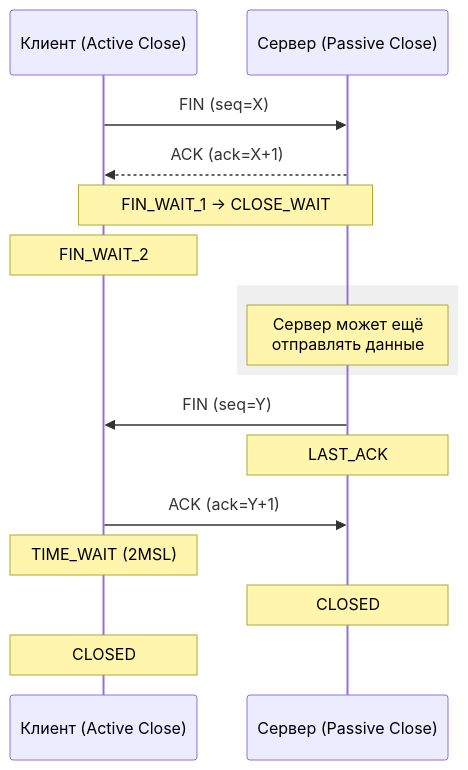
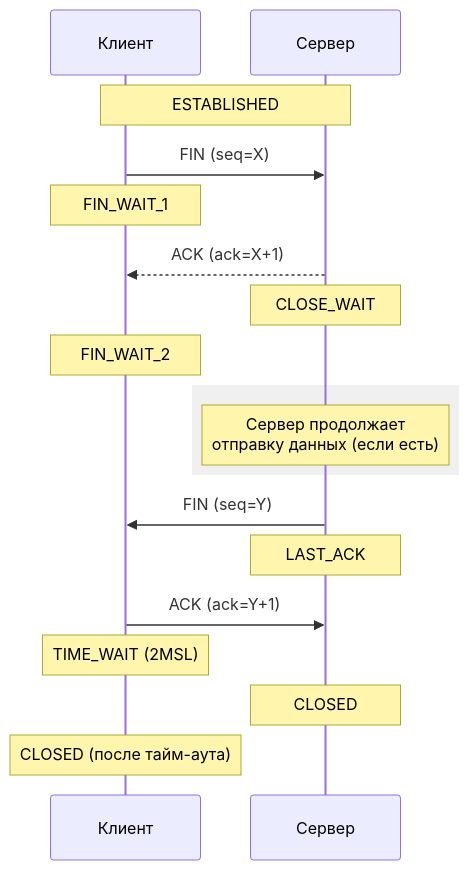
Before and after one commit to KarpenkoDima/TCP-Book: the second of 2 diagrams in docs/modules/Module-03-TCP-State-Machine.md, drawn with Mermaid.

````diff
--- a/docs/modules/Module-03-TCP-State-Machine.md
+++ b/docs/modules/Module-03-TCP-State-Machine.md
@@ -450,21 +450,26 @@
 ```mermaid
 sequenceDiagram
-    participant C as Клиент (Active Close)
-    participant S as Сервер (Passive Close)
+    participant C as Клиент
+    participant S as Сервер
 
+    Note over C, S: ESTABLISHED
+    
     C->>S: FIN (seq=X)
+    Note over C: FIN_WAIT_1
     S-->>C: ACK (ack=X+1)
-    Note over C, S: FIN_WAIT_1 → CLOSE_WAIT
+    Note over S: CLOSE_WAIT
     Note over C: FIN_WAIT_2
     
     rect rgb(240, 240, 240)
-    Note over S: Сервер может ещё<br/>отправлять данные
+    Note over S: Сервер продолжает<br/>отправку данных (если есть)
     end
     
     S->>C: FIN (seq=Y)
     Note over S: LAST_ACK
+    
     C->>S: ACK (ack=Y+1)
     Note over C: TIME_WAIT (2MSL)
     Note over S: CLOSED
-    Note over C: CLOSED
+    
+    Note over C: CLOSED (после тайм-аута)
 ```
````
